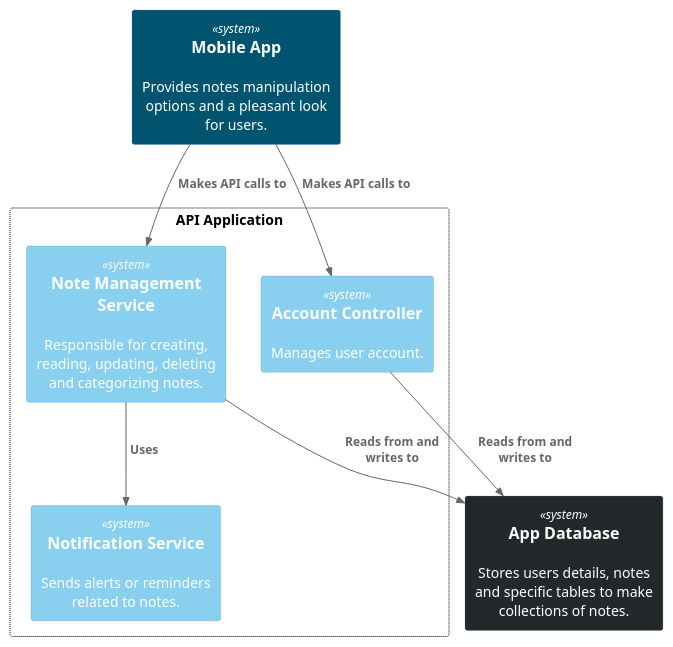
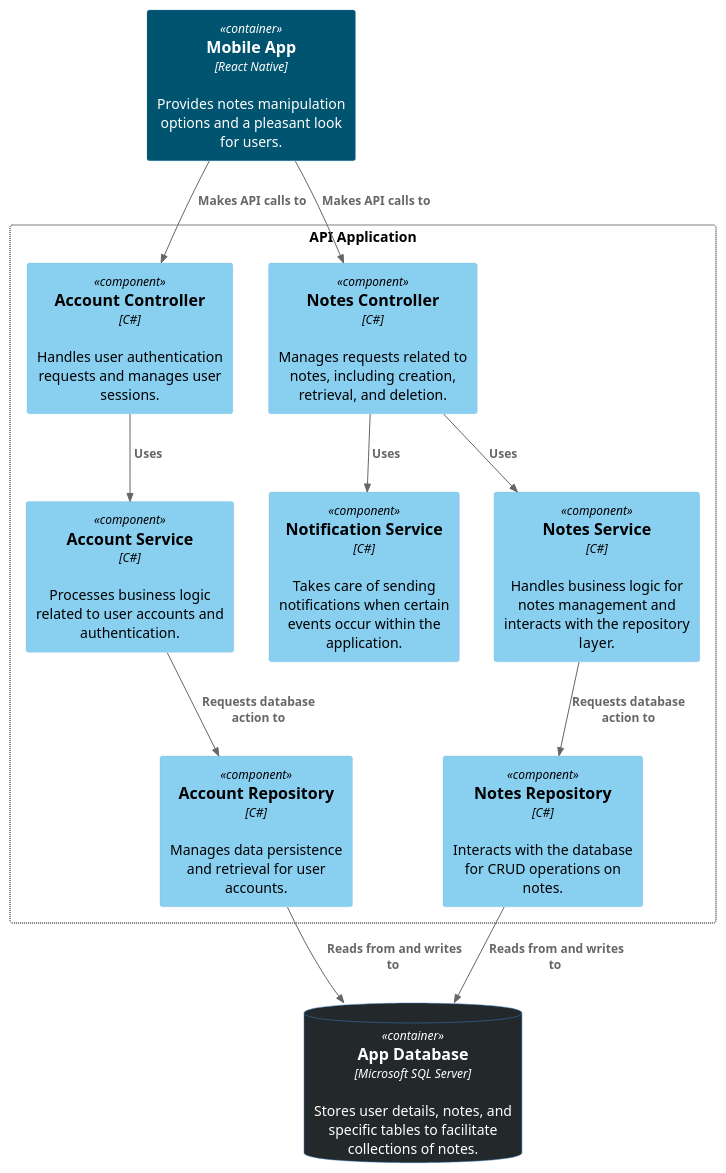
Before and after one commit to unibuc-cs/software-engineering-product-pingbing: the diagram in diagrams/code/component_diagram.puml, drawn with PlantUML. The commit also changed 3 other files, not shown here.

Commit message:
Updated diagrams

```diff
--- a/diagrams/code/component_diagram.puml
+++ b/diagrams/code/component_diagram.puml
@@ -1,26 +1,44 @@
 @startuml diagrame
 !include https://raw.githubusercontent.com/plantuml-stdlib/C4-PlantUML/master/C4_Context.puml
+!include https://raw.githubusercontent.com/plantuml-stdlib/C4-PlantUML/master/C4_Container.puml
+!include https://raw.githubusercontent.com/plantuml-stdlib/C4-PlantUML/master/C4_Component.puml
 
+' Styles
 skinparam rectangle {
     BorderColor Black
     BorderStyle Dotted
     Padding 35
 }
 
-System(appSystem, "Mobile App", "Provides notes manipulation options and a pleasant look for users.") #00546f
+' Content
+Container(mobileApp, "Mobile App", "React Native", "Provides notes manipulation options and a pleasant look for users.") #00546f
 
 rectangle "API Application" as boundary {
-    System(signInSystem, "Account Controller", "Manages user account.") #89CFF0
-    System(noteSystem, "Note Management Service", "Responsible for creating, reading, updating, deleting and categorizing notes.") #89CFF0
-    System(notifySystem, "Notification Service", "Sends alerts or reminders related to notes.") #89CFF0
+    ' Controllers
+    Component(accountController, "Account Controller","C#", "Handles user authentication requests and manages user sessions.") #89CFF0
+    Component(notesController, "Notes Controller","C#", "Manages requests related to notes, including creation, retrieval, and deletion.") #89CFF0
+    ' Services
+    Component(accountService, "Account Service", "C#", "Processes business logic related to user accounts and authentication.") #89CFF0
+    Component(notesService, "Notes Service", "C#", "Handles business logic for notes management and interacts with the repository layer.") #89CFF0
+    Component(notificationService, "Notification Service", "C#", "Takes care of sending notifications when certain events occur within the application.") #89CFF0
+    ' Repositories
+    Component(notesRepository, "Notes Repository", "C#", "Interacts with the database for CRUD operations on notes.") #89CFF0
+    Component(accountRepository, "Account Repository", "C#", "Manages data persistence and retrieval for user accounts.") #89CFF0
 }
 
-System(dataBaseSystem, "App Database", "Stores users details, notes and specific tables to make collections of notes.") #23282a
+ContainerDb(dataBase, "App Database", "Microsoft SQL Server", "Stores user details, notes, and specific tables to facilitate collections of notes.") #23282a
 
-Rel(appSystem, signInSystem, " Makes API calls to")
-Rel(appSystem, noteSystem, " Makes API calls to")
-Rel(noteSystem, notifySystem, " Uses")
-Rel(signInSystem, dataBaseSystem, " Reads from and\n writes to")
-Rel(noteSystem, dataBaseSystem, " Reads from and\n writes to")
+' Relationships
+Rel(mobileApp, accountController, " Makes API calls to")
+Rel(mobileApp, notesController, " Makes API calls to")
 
+Rel(notesController, notesService, " Uses")
+Rel(notesController, notificationService, " Uses")
+Rel(accountController, accountService, " Uses")
+
+Rel(notesService, notesRepository, "Requests database action to")
+Rel(accountService, accountRepository, "Requests database action to")
+
+Rel(accountRepository, dataBase, " Reads from and writes to")
+Rel(notesRepository, dataBase, " Reads from and writes to")
 @enduml
```
